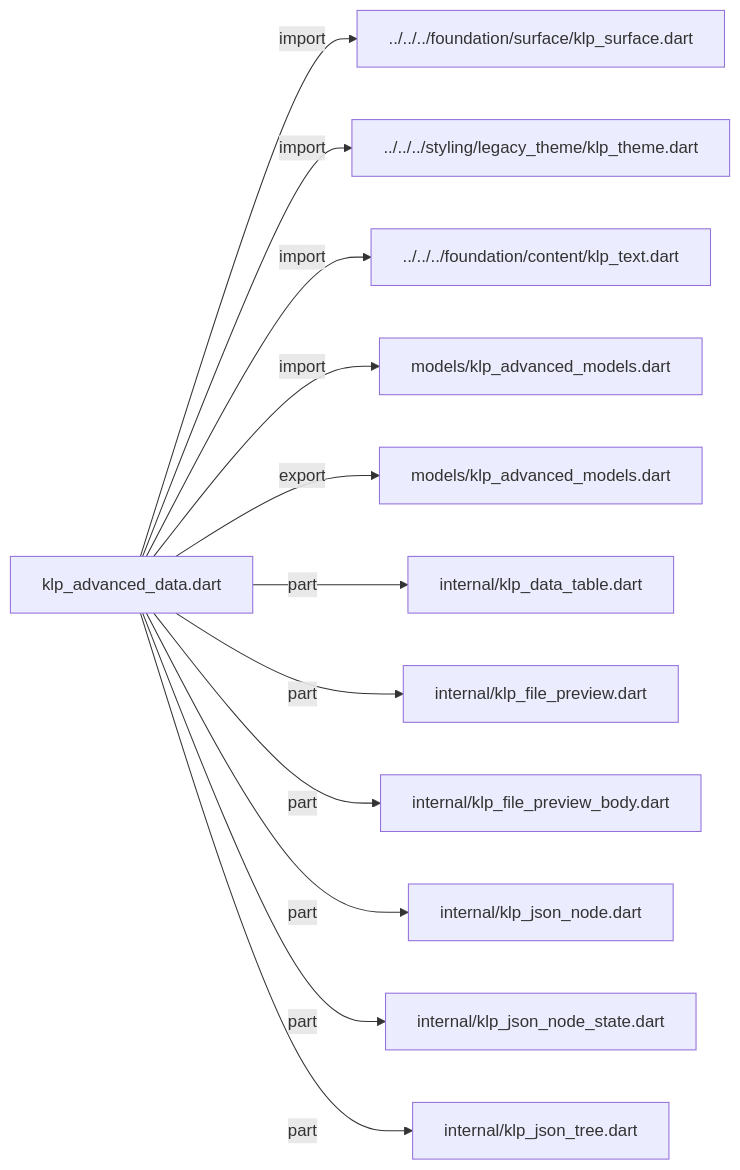
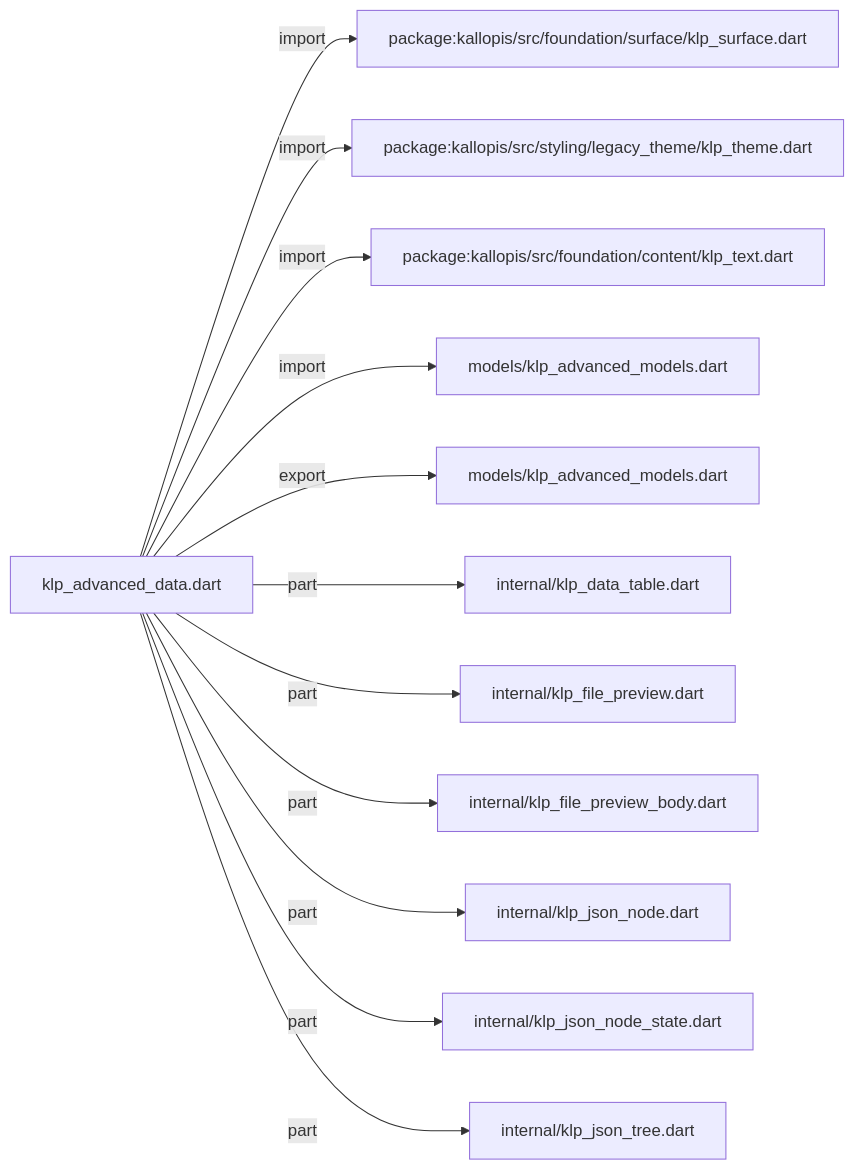
One commit to MiuDog/Kallopis changed the second of 4 diagrams in docs/architecture/src/features/collections/advanced/klp_advanced_data.md. Above: the diagram before and after it, drawn with Mermaid. The commit also changed other lines of this file and 9688 other files, not shown here.

Commit message:
Prepare isolated Flow F2 peer baseline

````diff
--- a/docs/architecture/src/features/collections/advanced/klp_advanced_data.md
+++ b/docs/architecture/src/features/collections/advanced/klp_advanced_data.md
@@ -38,26 +38,26 @@
 ```mermaid
 flowchart LR
 	n0["klp_advanced_data.dart"]
-	n1["../../../foundation/surface/klp_surface.dart"]
-	n2["../../../styling/legacy_theme/klp_theme.dart"]
-	n3["../../../foundation/content/klp_text.dart"]
+	n1["package:kallopis/src/foundation/surface/klp_surface.dart"]
+	n2["package:kallopis/src/styling/legacy_theme/klp_theme.dart"]
+	n3["package:kallopis/src/foundation/content/klp_text.dart"]
 	n4["models/klp_advanced_models.dart"]
 	n5["models/klp_advanced_models.dart"]
 	n6["internal/klp_data_table.dart"]
 	n7["internal/klp_file_preview.dart"]
 	n8["internal/klp_file_preview_body.dart"]
 	n9["internal/klp_json_node.dart"]
 	n10["internal/klp_json_node_state.dart"]
 	n11["internal/klp_json_tree.dart"]
 	n0 -->|"import"| n1
 	n0 -->|"import"| n2
 	n0 -->|"import"| n3
 	n0 -->|"import"| n4
 	n0 -->|"export"| n5
 	n0 -->|"part"| n6
 	n0 -->|"part"| n7
 	n0 -->|"part"| n8
 	n0 -->|"part"| n9
 	n0 -->|"part"| n10
 	n0 -->|"part"| n11
 ```
````
